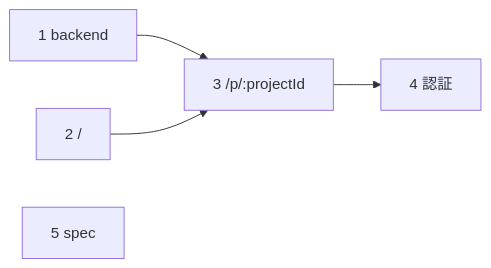
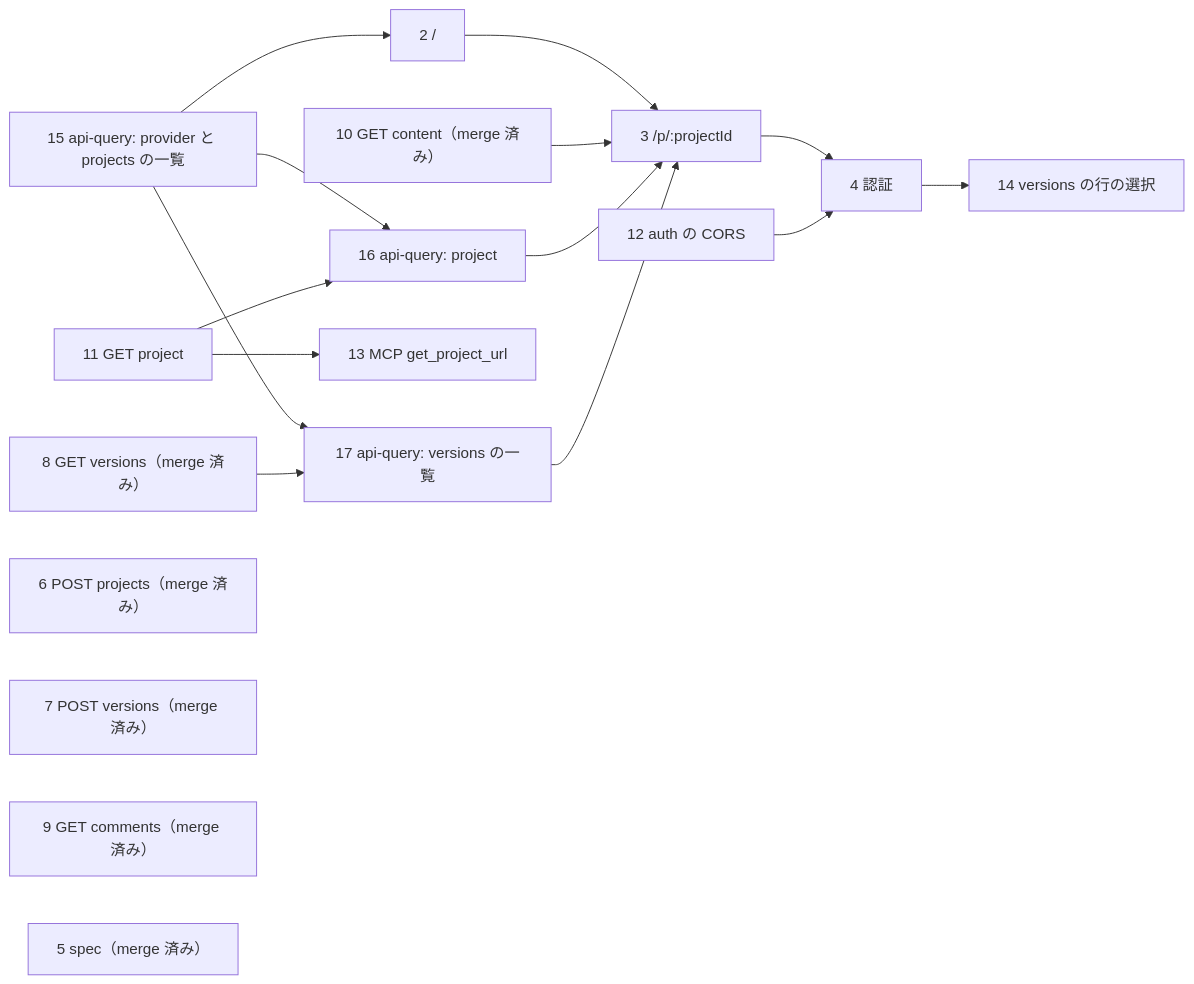
Diagram 11 of 11 in docs/superpowers/specs/2026-10-06-owner-viewer-design/README.md (taiki-kuraishi/karibari), drawn with Mermaid before and after one commit. The commit also changed other lines of this file and 17 other files, not shown here.

````diff
--- a/docs/superpowers/specs/2026-10-06-owner-viewer-design/README.md
+++ b/docs/superpowers/specs/2026-10-06-owner-viewer-design/README.md
@@ -328,7 +381,20 @@
 ```mermaid
 flowchart LR
-  p1["1 backend"] --> p3["3 /p/:projectId"]
-  p2["2 /"] --> p3
+  p15["15 api-query: provider と projects の一覧"] --> p2["2 /"]
+  p15 --> p16["16 api-query: project"]
+  p15 --> p17["17 api-query: versions の一覧"]
+  p11["11 GET project"] --> p16
+  p11 --> p13["13 MCP get_project_url"]
+  p8["8 GET versions（merge 済み）"] --> p17
+  p2 --> p3["3 /p/:projectId"]
+  p10["10 GET content（merge 済み）"] --> p3
+  p16 --> p3
+  p17 --> p3
   p3 --> p4["4 認証"]
-  p5["5 spec"]
+  p12["12 auth の CORS"] --> p4
+  p4 --> p14["14 versions の行の選択"]
+  p6["6 POST projects（merge 済み）"]
+  p7["7 POST versions（merge 済み）"]
+  p9["9 GET comments（merge 済み）"]
+  p5["5 spec（merge 済み）"]
 ```
````
